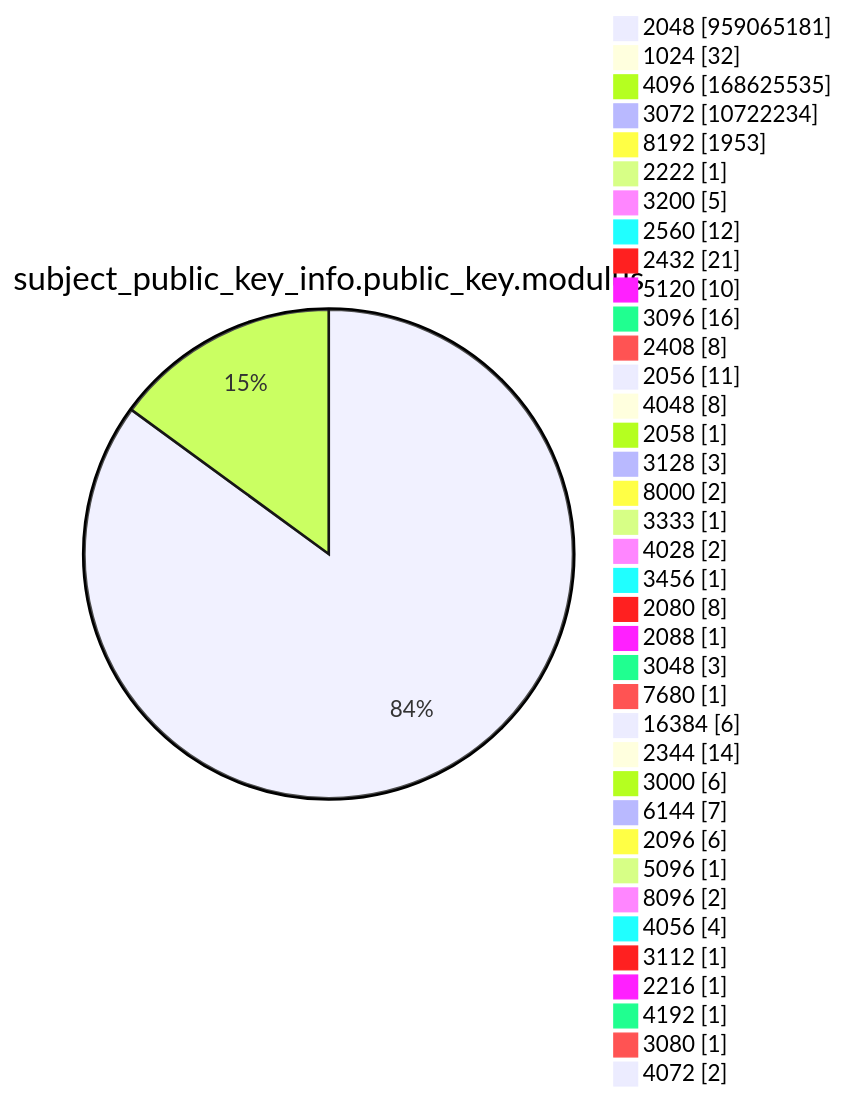
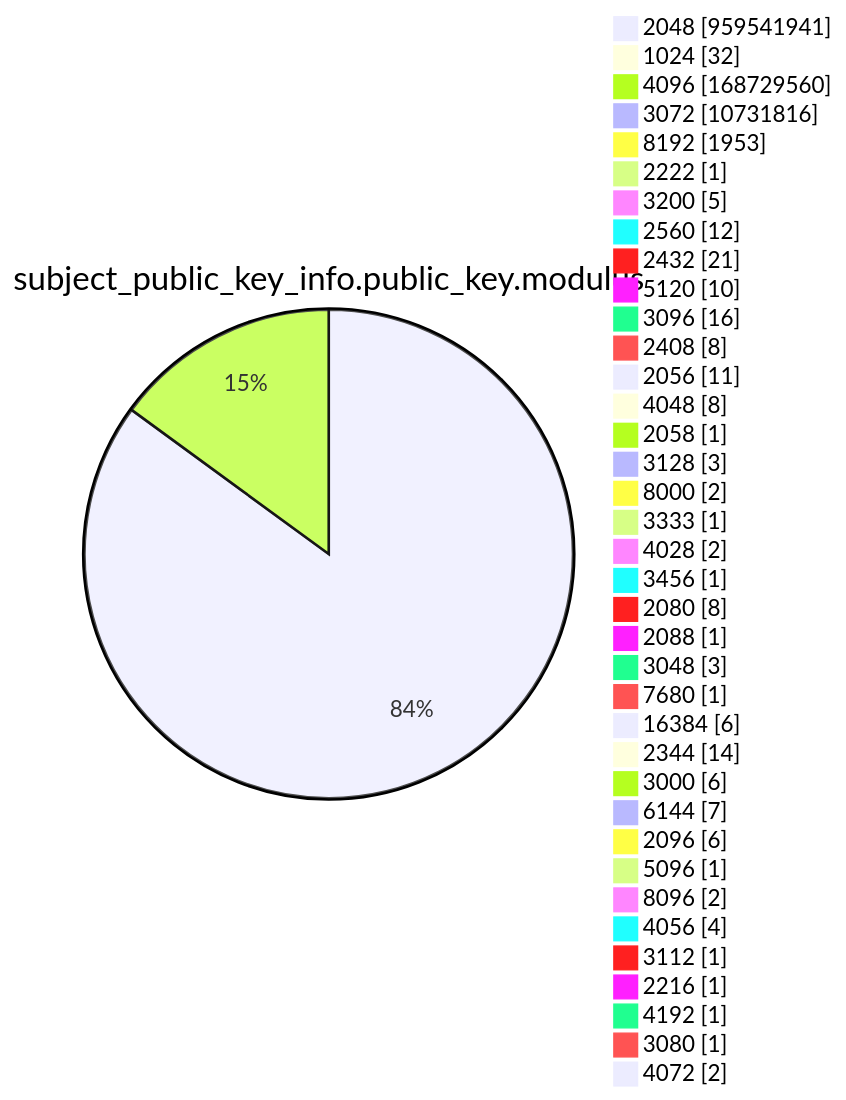
Diagram 13 of 15 in argon2022/README.md (christiankrug/ctmonitor_visualization), drawn with Mermaid before and after one commit. The commit also changed other lines of this file, not shown here.

````diff
--- a/argon2022/README.md
+++ b/argon2022/README.md
@@ -3586,41 +3586,41 @@
 ```mermaid
 pie showData
 title subject_public_key_info.public_key.modulus
-"2048" :959065181
+"2048" :959541941
 "1024" :32
-"4096" :168625535
-"3072" :10722234
+"4096" :168729560
+"3072" :10731816
 "8192" :1953
 "2222" :1
 "3200" :5
 "2560" :12
 "2432" :21
 "5120" :10
 "3096" :16
 "2408" :8
 "2056" :11
 "4048" :8
 "2058" :1
 "3128" :3
 "8000" :2
 "3333" :1
 "4028" :2
 "3456" :1
 "2080" :8
 "2088" :1
 "3048" :3
 "7680" :1
 "16384" :6
 "2344" :14
 "3000" :6
 "6144" :7
 "2096" :6
 "5096" :1
 "8096" :2
 "4056" :4
 "3112" :1
 "2216" :1
 "4192" :1
 "3080" :1
 "4072" :2
 ```
````
